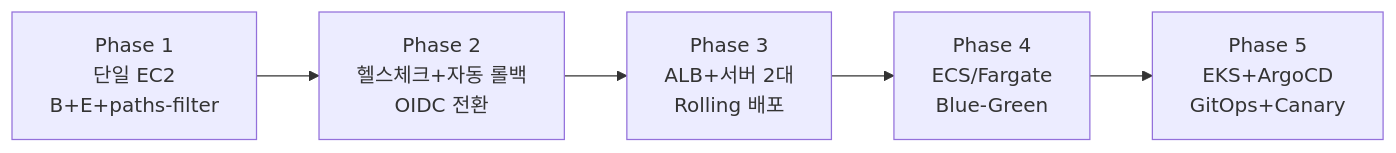
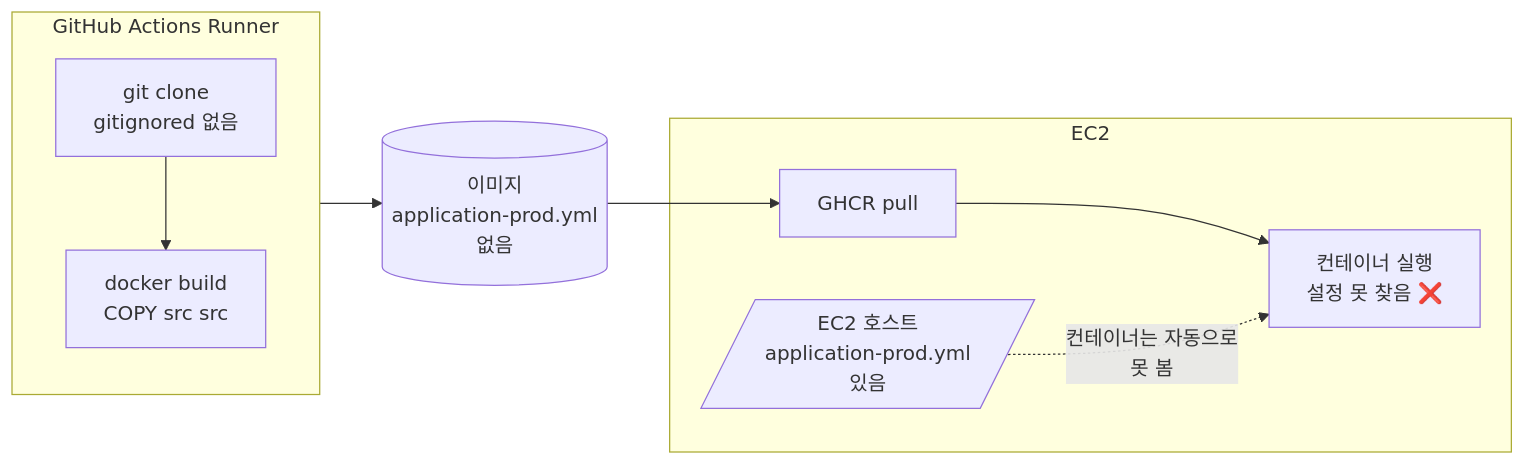
The fifth of 5 diagrams in docs/learning/37-cd-pipeline-design.md (zkzkzhzj/ChatAppProject), drawn with Mermaid before and after one commit. The commit also changed other lines of this file and 9 other files, not shown here.

````diff
--- a/docs/learning/37-cd-pipeline-design.md
+++ b/docs/learning/37-cd-pipeline-design.md
@@ -601,7 +400,19 @@
 ```mermaid
 flowchart LR
-  P1[Phase 1<br/>단일 EC2<br/>B+E+paths-filter] --> P2[Phase 2<br/>헬스체크+자동 롤백<br/>OIDC 전환]
-  P2 --> P3[Phase 3<br/>ALB+서버 2대<br/>Rolling 배포]
-  P3 --> P4[Phase 4<br/>ECS/Fargate<br/>Blue-Green]
-  P4 --> P5[Phase 5<br/>EKS+ArgoCD<br/>GitOps+Canary]
+  subgraph Runner [GitHub Actions Runner]
+    RG[git clone<br/>gitignored 없음]
+    RD[docker build<br/>COPY src src]
+    RG --> RD
+  end
+  
+  Runner --> IMG[(이미지<br/>application-prod.yml<br/>없음)]
+  
+  IMG --> EC2G[GHCR pull]
+  
+  subgraph EC2 [EC2]
+    EC2G --> Run[컨테이너 실행<br/>설정 못 찾음 ❌]
+    Host[/EC2 호스트<br/>application-prod.yml<br/>있음/]
+  end
+  
+  Host -.컨테이너는 자동으로<br/>못 봄.-> Run
 ```
````
